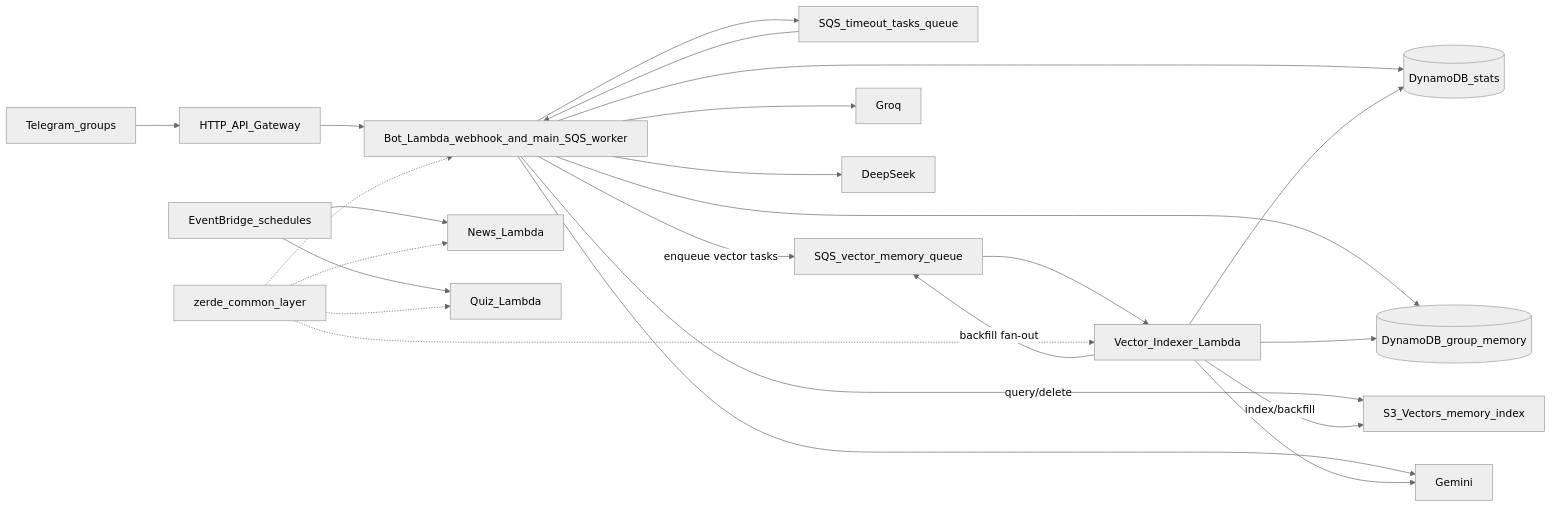
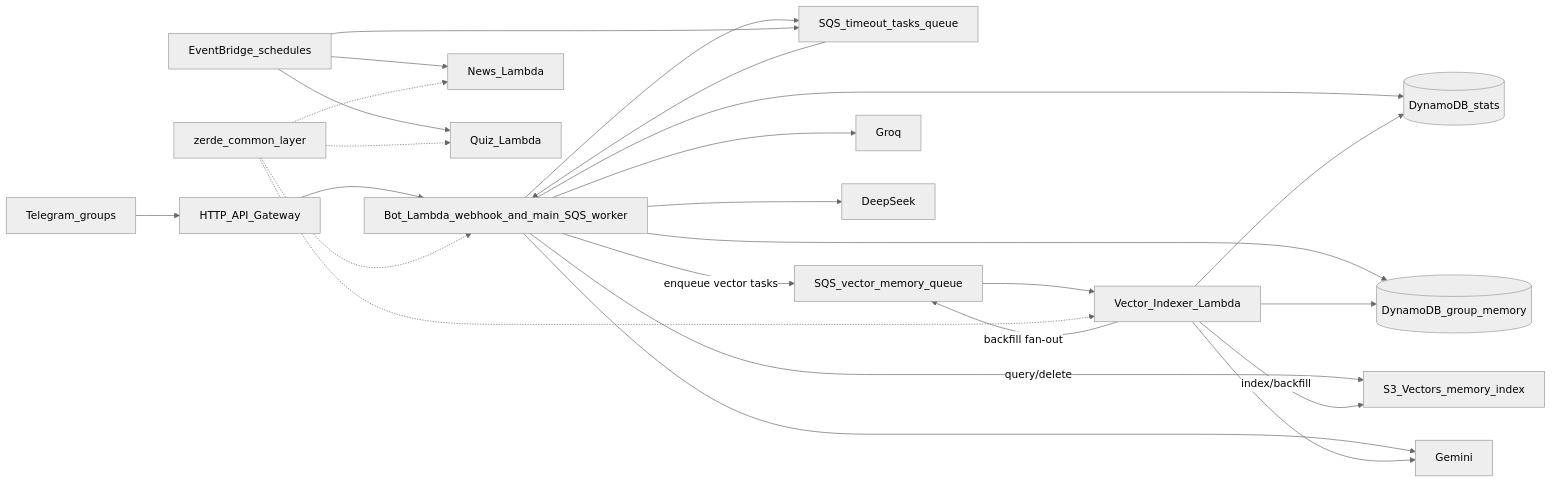
Before and after one commit to Bayashat/zerde-serverless-bot: the diagram in .codex/AGENTS.md, drawn with Mermaid (neutral theme). The commit also changed other lines of this file and 31 other files, not shown here.

````diff
--- a/.codex/AGENTS.md
+++ b/.codex/AGENTS.md
@@ -52,26 +53,27 @@
 ```mermaid
 flowchart LR
   Telegram[Telegram_groups] --> APIGW[HTTP_API_Gateway]
   APIGW --> BotLambda[Bot_Lambda_webhook_and_main_SQS_worker]
   MainQ[SQS_timeout_tasks_queue] --> BotLambda
   VectorQ[SQS_vector_memory_queue] --> VectorIndexer[Vector_Indexer_Lambda]
   BotLambda --> MainQ
   BotLambda -- "enqueue vector tasks" --> VectorQ
   BotLambda --> Stats[(DynamoDB_stats)]
   BotLambda --> Memory[(DynamoDB_group_memory)]
   BotLambda -- "query/delete" --> S3Vectors[S3_Vectors_memory_index]
   BotLambda --> Gemini[Gemini]
   BotLambda --> Groq[Groq]
   BotLambda --> DeepSeek[DeepSeek]
   VectorIndexer -- "backfill fan-out" --> VectorQ
   VectorIndexer --> Stats
   VectorIndexer --> Memory
   VectorIndexer -- "index/backfill" --> S3Vectors
   VectorIndexer --> Gemini
   EventBridge[EventBridge_schedules] --> NewsLambda[News_Lambda]
   EventBridge --> QuizLambda[Quiz_Lambda]
+  EventBridge --> MainQ
   Layer[zerde_common_layer] -.-> BotLambda
   Layer -.-> VectorIndexer
   Layer -.-> NewsLambda
   Layer -.-> QuizLambda
 ```
````
